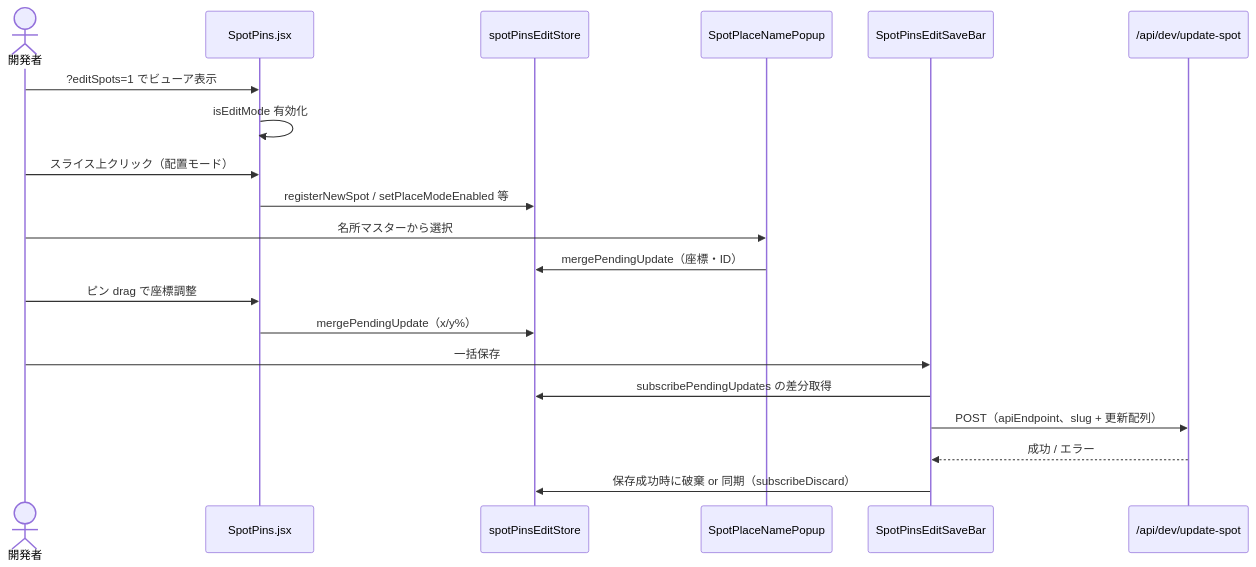
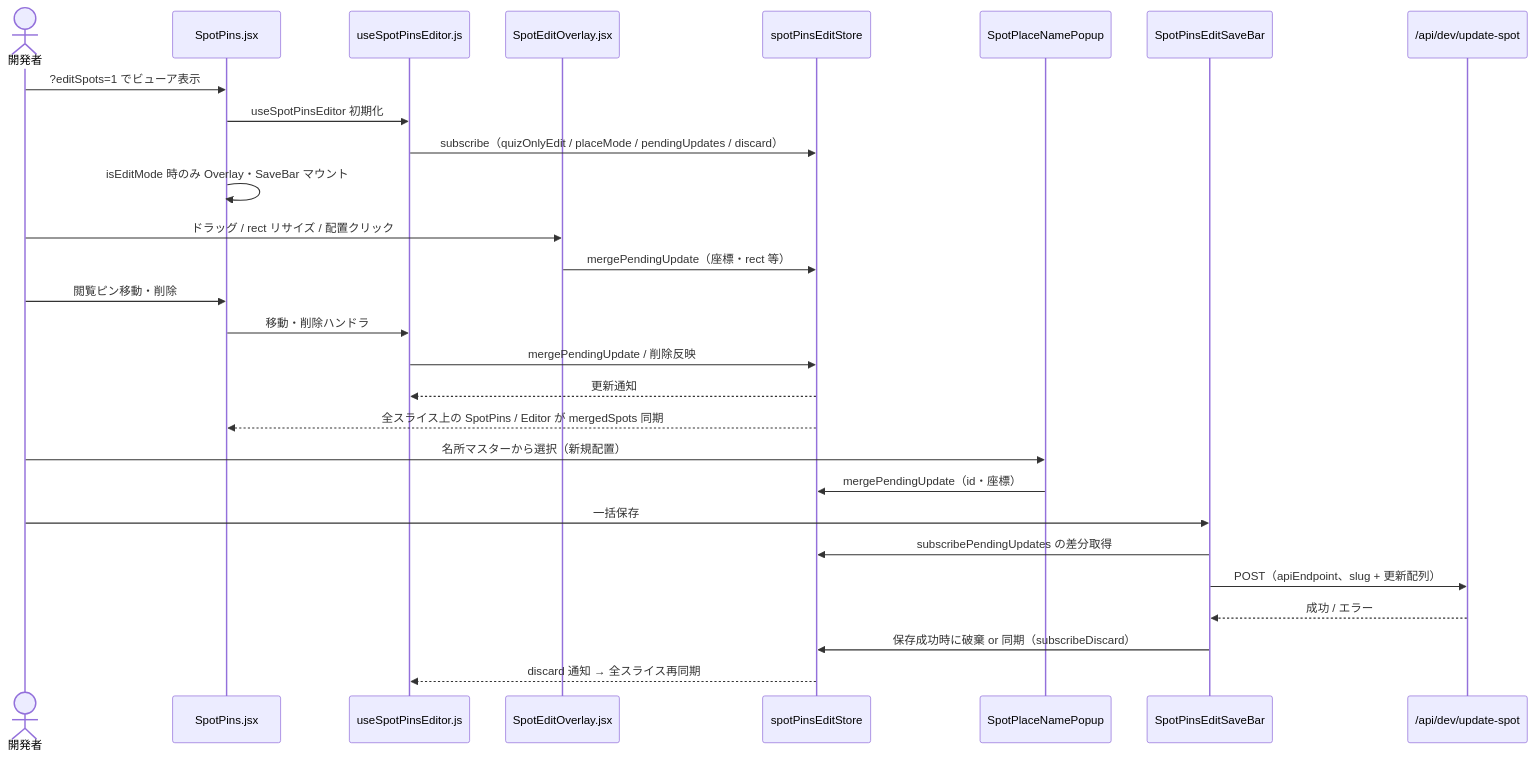
Before and after one commit to satoshi-create/emakimono-next: the second of 2 diagrams in src/components/emaki/viewer/spotPins/SPEC.md, drawn with Mermaid. The commit also changed other lines of this file and 2 other files, not shown here.

Commit message:
refactor: extract useSpotPinsEditor from SpotPins

````diff
--- a/src/components/emaki/viewer/spotPins/SPEC.md
+++ b/src/components/emaki/viewer/spotPins/SPEC.md
@@ -56,23 +60,35 @@
 ```mermaid
 sequenceDiagram
   actor Dev as 開発者
   participant SpotPins as SpotPins.jsx
+  participant Editor as useSpotPinsEditor.js
+  participant Overlay as SpotEditOverlay.jsx
   participant Store as spotPinsEditStore
   participant Popup as SpotPlaceNamePopup
   participant SaveBar as SpotPinsEditSaveBar
   participant API as /api/dev/update-spot
 
   Dev->>SpotPins: ?editSpots=1 でビューア表示
-  SpotPins->>SpotPins: isEditMode 有効化
-  Dev->>SpotPins: スライス上クリック（配置モード）
-  SpotPins->>Store: registerNewSpot / setPlaceModeEnabled 等
-  Dev->>Popup: 名所マスターから選択
-  Popup->>Store: mergePendingUpdate（座標・ID）
-  Dev->>SpotPins: ピン drag で座標調整
-  SpotPins->>Store: mergePendingUpdate（x/y%）
+  SpotPins->>Editor: useSpotPinsEditor 初期化
+  Editor->>Store: subscribe（quizOnlyEdit / placeMode / pendingUpdates / discard）
+  SpotPins->>SpotPins: isEditMode 時のみ Overlay・SaveBar マウント
+
+  Dev->>Overlay: ドラッグ / rect リサイズ / 配置クリック
+  Overlay->>Store: mergePendingUpdate（座標・rect 等）
+  Dev->>SpotPins: 閲覧ピン移動・削除
+  SpotPins->>Editor: 移動・削除ハンドラ
+  Editor->>Store: mergePendingUpdate / 削除反映
+
+  Store-->>Editor: 更新通知
+  Store-->>SpotPins: 全スライス上の SpotPins / Editor が mergedSpots 同期
+
+  Dev->>Popup: 名所マスターから選択（新規配置）
+  Popup->>Store: mergePendingUpdate（id・座標）
+
   Dev->>SaveBar: 一括保存
   SaveBar->>Store: subscribePendingUpdates の差分取得
   SaveBar->>API: POST（apiEndpoint、slug + 更新配列）
   API-->>SaveBar: 成功 / エラー
   SaveBar->>Store: 保存成功時に破棄 or 同期（subscribeDiscard）
+  Store-->>Editor: discard 通知 → 全スライス再同期
 ```
````
